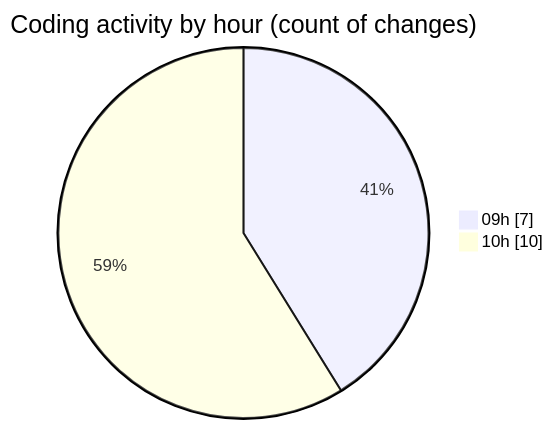
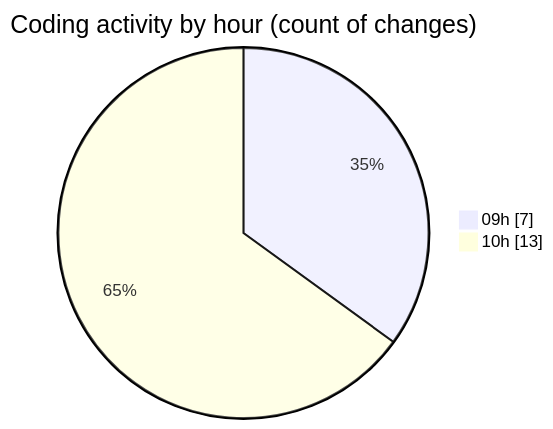
Before and after one commit to momahboobian/code-tracking: the second of 2 diagrams in 2025-08-18/cda/README.md, drawn with Mermaid. The commit also changed other lines of this file and 1 other file, not shown here.

````diff
--- a/2025-08-18/cda/README.md
+++ b/2025-08-18/cda/README.md
@@ -33,6 +33,6 @@
 ```mermaid
 pie showData
 title Coding activity by hour (count of changes)
 "09h" : 7
-"10h" : 10
+"10h" : 13
 ```
````
